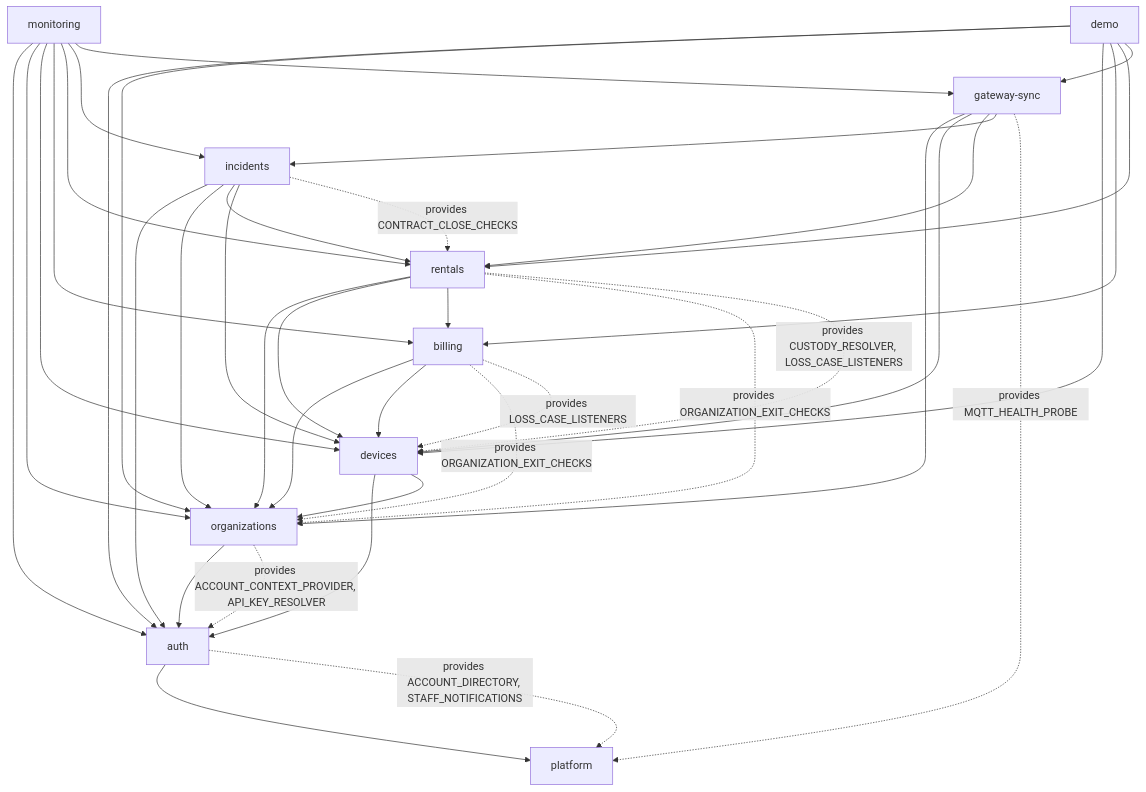
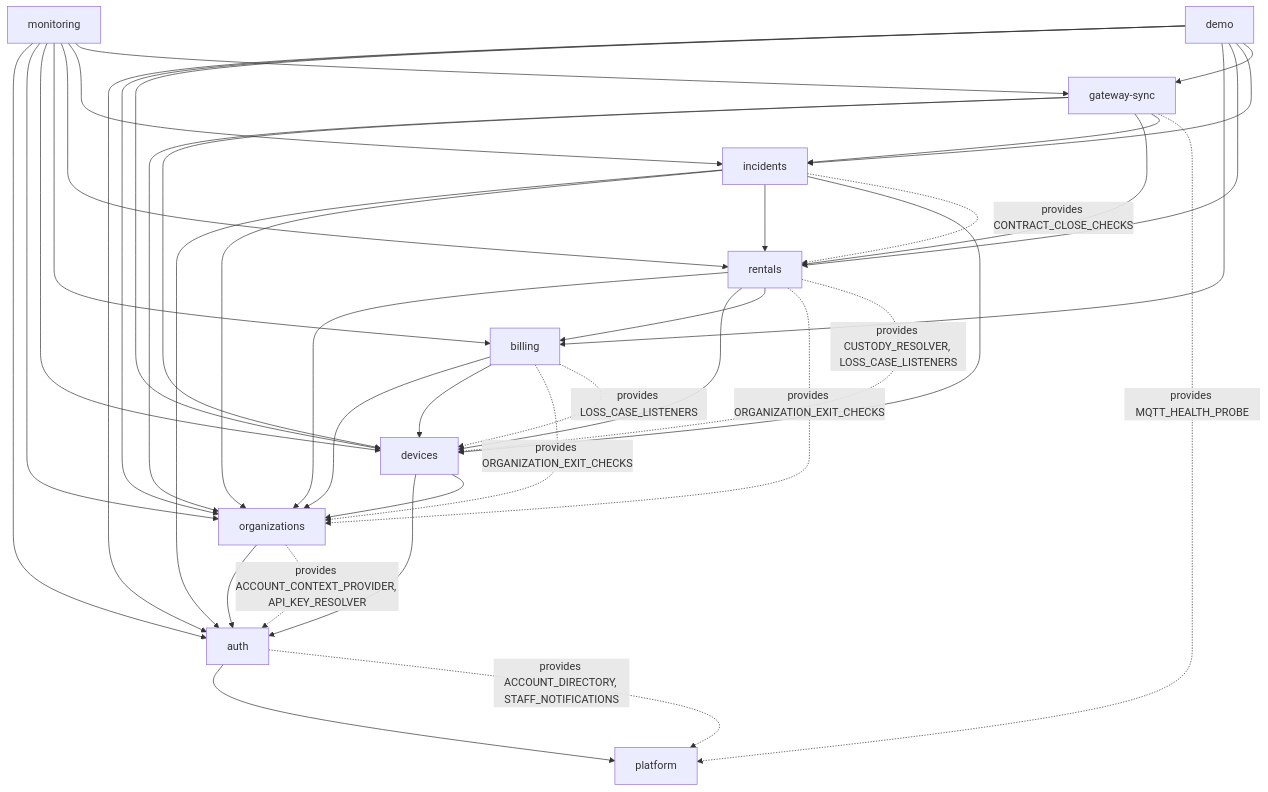
The third of 7 diagrams in specs/platform/design.md (TrekLink-Team/treklink-web), drawn with Mermaid before and after one commit. The commit also changed 52 other files, not shown here.

````diff
--- a/specs/platform/design.md
+++ b/specs/platform/design.md
@@ -109,51 +109,52 @@
 ```mermaid
 flowchart TB
     PLT["platform"]
     AUTH["auth"]
     ORG["organizations"]
     DEVS["devices"]
     BILL["billing"]
     RENT["rentals"]
     INC["incidents"]
     GWS["gateway-sync"]
     MON["monitoring"]
     DEMO["demo"]
     AUTH --> PLT
     ORG --> AUTH
     DEVS --> AUTH
     DEVS --> ORG
     BILL --> ORG
     BILL --> DEVS
     RENT --> ORG
     RENT --> DEVS
     RENT --> BILL
     INC --> AUTH
     INC --> ORG
     INC --> RENT
     INC --> DEVS
     GWS --> ORG
     GWS --> DEVS
     GWS --> RENT
     GWS --> INC
     MON --> AUTH
     MON --> ORG
     MON --> DEVS
     MON --> BILL
     MON --> RENT
     MON --> INC
     MON --> GWS
     DEMO --> AUTH
     DEMO --> ORG
     DEMO --> DEVS
     DEMO --> BILL
     DEMO --> RENT
+    DEMO --> INC
     DEMO --> GWS
     ORG -.->|"provides ACCOUNT_CONTEXT_PROVIDER, API_KEY_RESOLVER"| AUTH
     BILL -.->|"provides ORGANIZATION_EXIT_CHECKS"| ORG
     RENT -.->|"provides ORGANIZATION_EXIT_CHECKS"| ORG
     INC -.->|"provides CONTRACT_CLOSE_CHECKS"| RENT
     RENT -.->|"provides CUSTODY_RESOLVER, LOSS_CASE_LISTENERS"| DEVS
     BILL -.->|"provides LOSS_CASE_LISTENERS"| DEVS
     GWS -.->|"provides MQTT_HEALTH_PROBE"| PLT
     AUTH -.->|"provides ACCOUNT_DIRECTORY, STAFF_NOTIFICATIONS"| PLT
 ```
````
